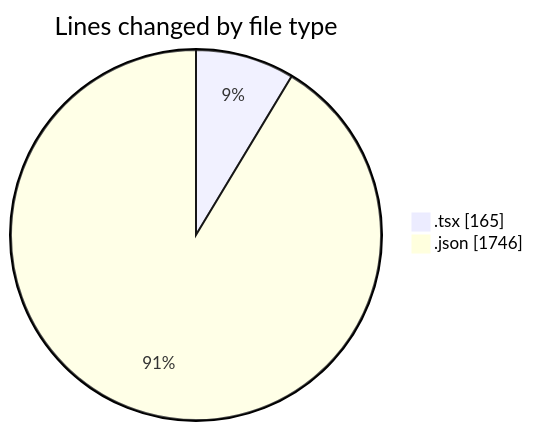
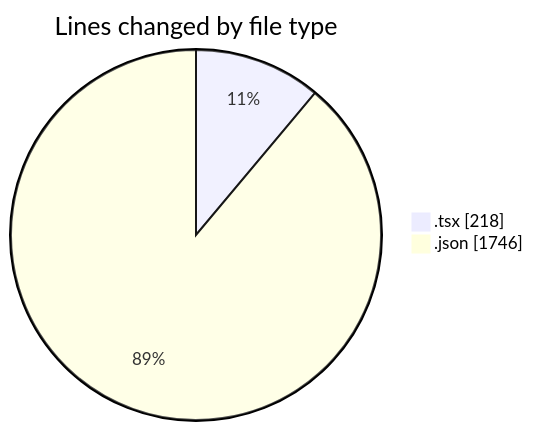
One commit to julien-gomy/code-tracking changed the first of 2 diagrams in 2025-10-30/eventscop-frontend-guide__workspace_/README.md. Above: the diagram before and after it, drawn with Mermaid. The commit also changed other lines of this file and 1 other file, not shown here.

````diff
--- a/2025-10-30/eventscop-frontend-guide__workspace_/README.md
+++ b/2025-10-30/eventscop-frontend-guide__workspace_/README.md
@@ -22,6 +23,6 @@
 ```mermaid
 pie showData
 title Lines changed by file type
-".tsx" : 165
+".tsx" : 218
 ".json" : 1746
 ```
````
